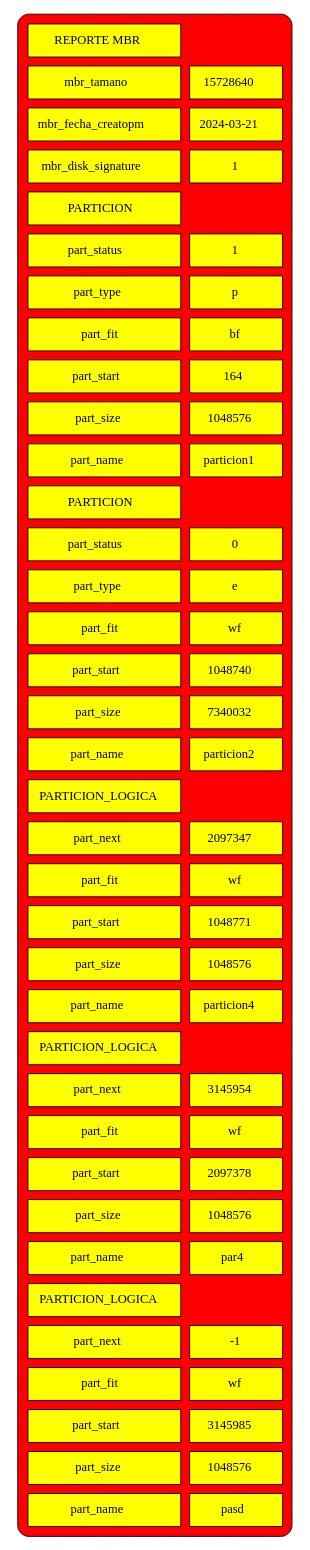
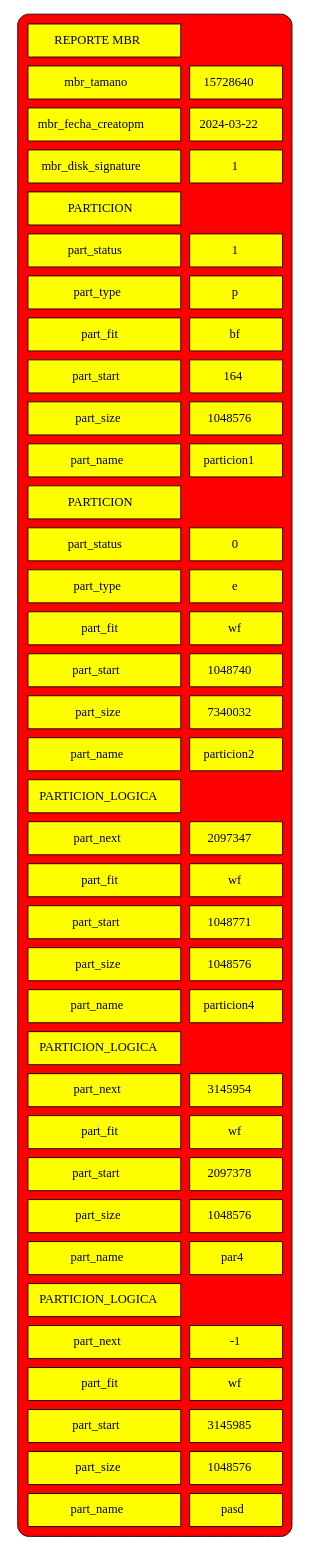
The diagram in reports/reporte1.dot (Jhonsagui81/MIA_P2_20210603), drawn with Graphviz before and after one commit. The commit also changed 25 other files, not shown here.

```diff
--- a/reports/reporte1.dot
+++ b/reports/reporte1.dot
@@ -1,149 +1,149 @@
 digraph G {
 	a0 [shape=none label=<
 	<TABLE cellspacing="10" cellpadding="10" style="rounded" bgcolor="red">
 	<TR>
 	<TD bgcolor="yellow">REPORTE MBR</TD>
 	</TR>
 
 	<TR>
 	<TD bgcolor="yellow">mbr_tamano</TD>
 	<TD bgcolor="yellow">15728640</TD>
 	</TR>
 	<TR>
 	<TD bgcolor="yellow">mbr_fecha_creatopm</TD>
-	<TD bgcolor="yellow">2024-03-21</TD>
+	<TD bgcolor="yellow">2024-03-22</TD>
 	</TR>
 	<TR>
 	<TD bgcolor="yellow">mbr_disk_signature</TD>
 	<TD bgcolor="yellow">1</TD>
 	</TR>
 	<TR>
 	<TD bgcolor="yellow">PARTICION</TD>
 	</TR>
 
 	<TR>
 	<TD bgcolor="yellow">part_status</TD>
 	<TD bgcolor="yellow">1</TD>
 	</TR>
 	<TR>
 	<TD bgcolor="yellow">part_type</TD>
 	<TD bgcolor="yellow">p</TD>
 	</TR>
 	<TR>
 	<TD bgcolor="yellow">part_fit</TD>
 	<TD bgcolor="yellow">bf</TD>
 	</TR>
 	<TR>
 	<TD bgcolor="yellow">part_start</TD>
 	<TD bgcolor="yellow">164</TD>
 	</TR>
 	<TR>
 	<TD bgcolor="yellow">part_size</TD>
 	<TD bgcolor="yellow">1048576</TD>
 	</TR>
 	<TR>
 	<TD bgcolor="yellow">part_name</TD>
 	<TD bgcolor="yellow">particion1</TD>
 	</TR>
 	<TR>
 	<TD bgcolor="yellow">PARTICION</TD>
 	</TR>
 
 	<TR>
 	<TD bgcolor="yellow">part_status</TD>
 	<TD bgcolor="yellow">0</TD>
 	</TR>
 	<TR>
 	<TD bgcolor="yellow">part_type</TD>
 	<TD bgcolor="yellow">e</TD>
 	</TR>
 	<TR>
 	<TD bgcolor="yellow">part_fit</TD>
 	<TD bgcolor="yellow">wf</TD>
 	</TR>
 	<TR>
 	<TD bgcolor="yellow">part_start</TD>
 	<TD bgcolor="yellow">1048740</TD>
 	</TR>
 	<TR>
 	<TD bgcolor="yellow">part_size</TD>
 	<TD bgcolor="yellow">7340032</TD>
 	</TR>
 	<TR>
 	<TD bgcolor="yellow">part_name</TD>
 	<TD bgcolor="yellow">particion2</TD>
 	</TR>
 	<TR>
 	<TD bgcolor="yellow">PARTICION_LOGICA</TD>
 	</TR>
 
 	<TR>
 	<TD bgcolor="yellow">part_next</TD>
 	<TD bgcolor="yellow">2097347</TD>
 	</TR>
 	<TR>
 	<TD bgcolor="yellow">part_fit</TD>
 	<TD bgcolor="yellow">wf</TD>
 	</TR>
 	<TR>
 	<TD bgcolor="yellow">part_start</TD>
 	<TD bgcolor="yellow">1048771</TD>
 	</TR>
 	<TR>
 	<TD bgcolor="yellow">part_size</TD>
 	<TD bgcolor="yellow">1048576</TD>
 	</TR>
 	<TR>
 	<TD bgcolor="yellow">part_name</TD>
 	<TD bgcolor="yellow">particion4</TD>
 	</TR>
 	<TR>
 	<TD bgcolor="yellow">PARTICION_LOGICA</TD>
 	</TR>
 
 	<TR>
 	<TD bgcolor="yellow">part_next</TD>
 	<TD bgcolor="yellow">3145954</TD>
 	</TR>
 	<TR>
 	<TD bgcolor="yellow">part_fit</TD>
 	<TD bgcolor="yellow">wf</TD>
 	</TR>
 	<TR>
 	<TD bgcolor="yellow">part_start</TD>
 	<TD bgcolor="yellow">2097378</TD>
 	</TR>
 	<TR>
 	<TD bgcolor="yellow">part_size</TD>
 	<TD bgcolor="yellow">1048576</TD>
 	</TR>
 	<TR>
 	<TD bgcolor="yellow">part_name</TD>
 	<TD bgcolor="yellow">par4</TD>
 	</TR>
 	<TR>
 	<TD bgcolor="yellow">PARTICION_LOGICA</TD>
 	</TR>
 
 	<TR>
 	<TD bgcolor="yellow">part_next</TD>
 	<TD bgcolor="yellow">-1</TD>
 	</TR>
 	<TR>
 	<TD bgcolor="yellow">part_fit</TD>
 	<TD bgcolor="yellow">wf</TD>
 	</TR>
 	<TR>
 	<TD bgcolor="yellow">part_start</TD>
 	<TD bgcolor="yellow">3145985</TD>
 	</TR>
 	<TR>
 	<TD bgcolor="yellow">part_size</TD>
 	<TD bgcolor="yellow">1048576</TD>
 	</TR>
 	<TR>
 	<TD bgcolor="yellow">part_name</TD>
 	<TD bgcolor="yellow">pasd</TD>
 	</TR>
 	</TABLE>>];
 }
```
